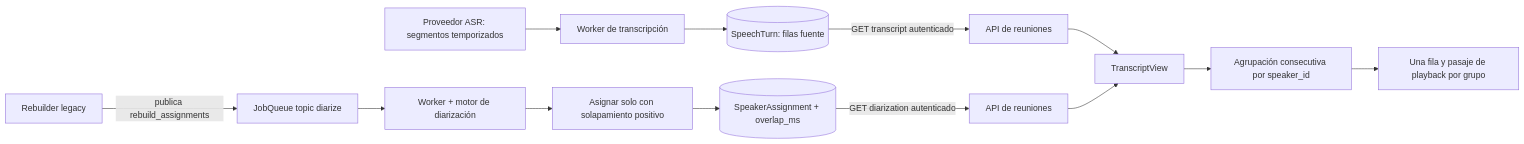
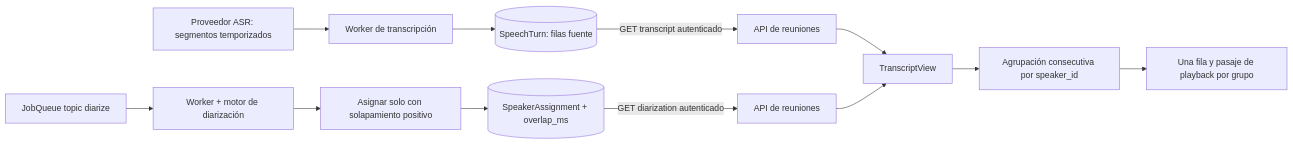
One commit to lufermalgo/sauri changed the first of 2 diagrams in .spectra/specs/fix-transcript-word-fragments/design.md. Above: the diagram before and after it, drawn with Mermaid. The commit also changed other lines of this file, not shown here.

Commit message:
docs(transcript): avoid legacy speaker identity remapping

````diff
--- a/.spectra/specs/fix-transcript-word-fragments/design.md
+++ b/.spectra/specs/fix-transcript-word-fragments/design.md
@@ -33,15 +33,14 @@
 ```mermaid
 graph LR
     ASR[Proveedor ASR: segmentos temporizados] --> TW[Worker de transcripción]
     TW --> ST[(SpeechTurn: filas fuente)]
     Q[JobQueue topic diarize] --> D[Worker + motor de diarización]
     D --> A[Asignar solo con solapamiento positivo]
     A --> SA[(SpeakerAssignment + overlap_ms)]
-    RB[Rebuilder legacy] -->|publica rebuild_assignments| Q
     ST -->|GET transcript autenticado| API[API de reuniones]
     SA -->|GET diarization autenticado| API2[API de reuniones]
     API --> UI[TranscriptView]
     API2 --> UI
     UI --> G[Agrupación consecutiva por speaker_id]
     G --> R[Una fila y pasaje de playback por grupo]
 ```
````
